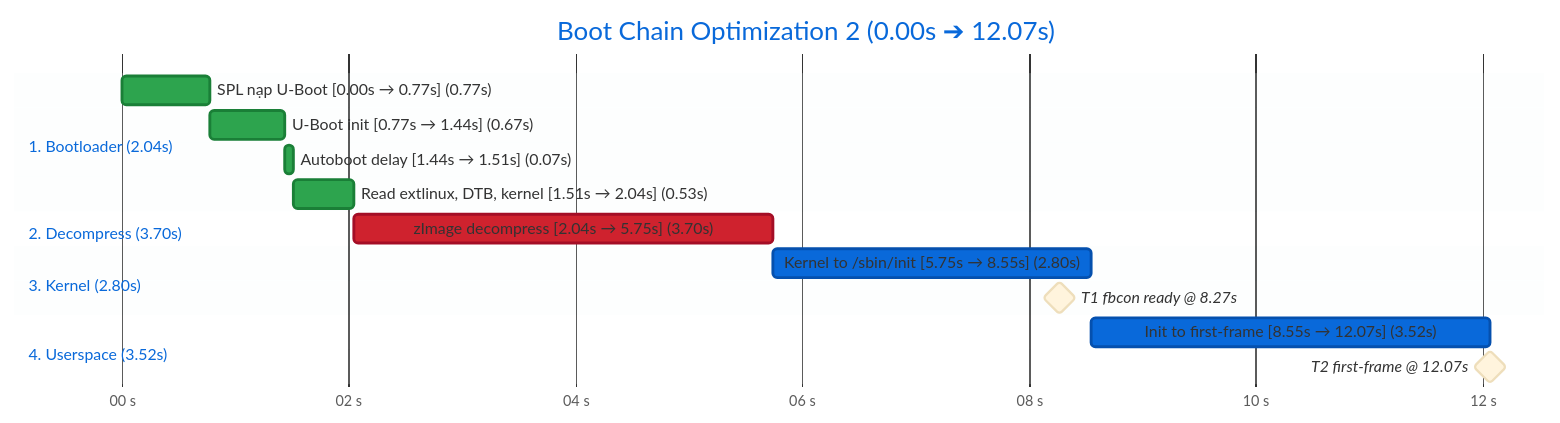
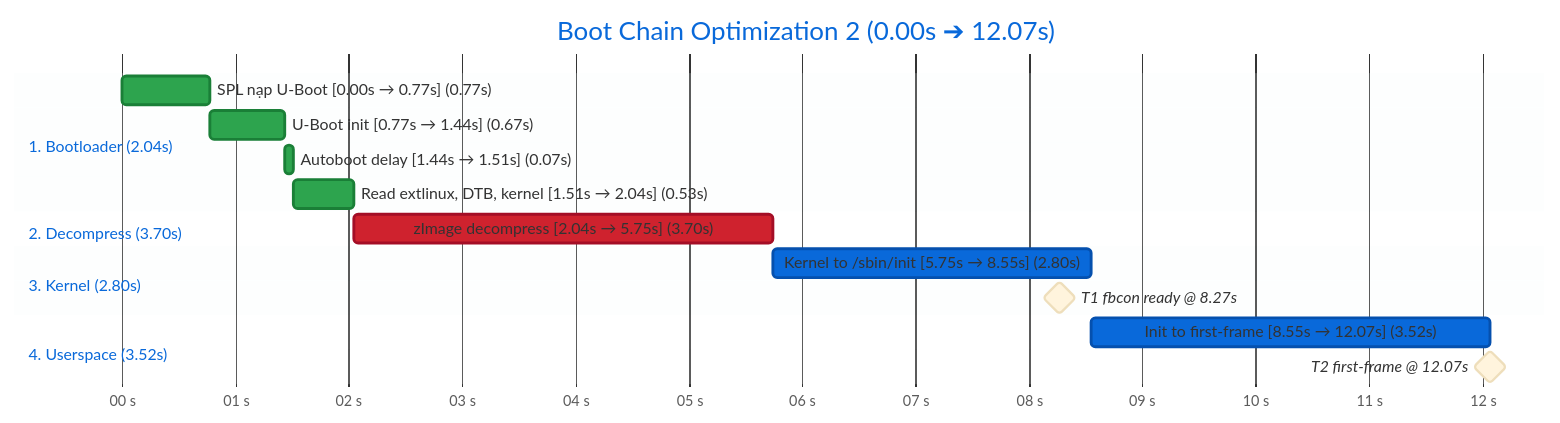
The third of 6 diagrams in notes/baseline-boot-time.md (haidoan2098/boot-time-optimization), drawn with Mermaid before and after one commit. The commit also changed other lines of this file, not shown here.

````diff
--- a/notes/baseline-boot-time.md
+++ b/notes/baseline-boot-time.md
@@ -357,48 +384,48 @@
 ```mermaid
 %%{init: {
   'theme': 'base',
   'themeVariables': {
     'fontFamily': '-apple-system, BlinkMacSystemFont, Segoe UI, Roboto, monospace',
     'fontSize': '12px',
     'titleColor': '#0969da',
     'gridColor': '#d0d7de',
     'lineColor': '#0969da',
     'sectionBkgColor': '#f6f8fa',
     'altSectionBkgColor': '#ffffff',
     'sectionBkgColor2': '#f6f8fa',
     'doneTaskBkgColor': '#2da44e',
     'doneTaskBorderColor': '#1a7f37',
     'doneTaskTextColor': '#ffffff',
     'critBkgColor': '#cf222e',
     'critBorderColor': '#a40e26',
     'critTextColor': '#ffffff',
     'activeTaskBkgColor': '#0969da',
     'activeTaskBorderColor': '#0550ae',
     'activeTaskTextColor': '#ffffff',
     'milestoneBkgColor': '#d4a72c',
     'milestoneBorderColor': '#9a6700'
   }
 }}%%
 gantt
     title Boot Chain Optimization 2 (0.00s ➔ 12.07s)
     dateFormat x
     axisFormat %S s
-    tickInterval 2second
+    tickInterval 1second
 
     section 1. Bootloader (2.04s)
     SPL nạp U-Boot [0.00s → 0.77s] (0.77s)            :done, c1, 0, 773
     U-Boot init [0.77s → 1.44s] (0.67s)               :done, c2, 773, 1441
     Autoboot delay [1.44s → 1.51s] (0.07s)            :done, c3, 1441, 1510
     Read extlinux, DTB, kernel [1.51s → 2.04s] (0.53s):done, c4, 1510, 2044
 
     section 2. Decompress (3.70s)
     zImage decompress [2.04s → 5.75s] (3.70s)         :crit, c5, 2044, 5748
 
     section 3. Kernel (2.80s)
     Kernel to /sbin/init [5.75s → 8.55s] (2.80s)      :active, c6, 5748, 8550
     T1 fbcon ready @ 8.27s                            :milestone, 8265, 8265
 
     section 4. Userspace (3.52s)
     Init to first-frame [8.55s → 12.07s] (3.52s)      :active, c7, 8550, 12068
     T2 first-frame @ 12.07s                           :milestone, 12068, 12068
 ```
````
